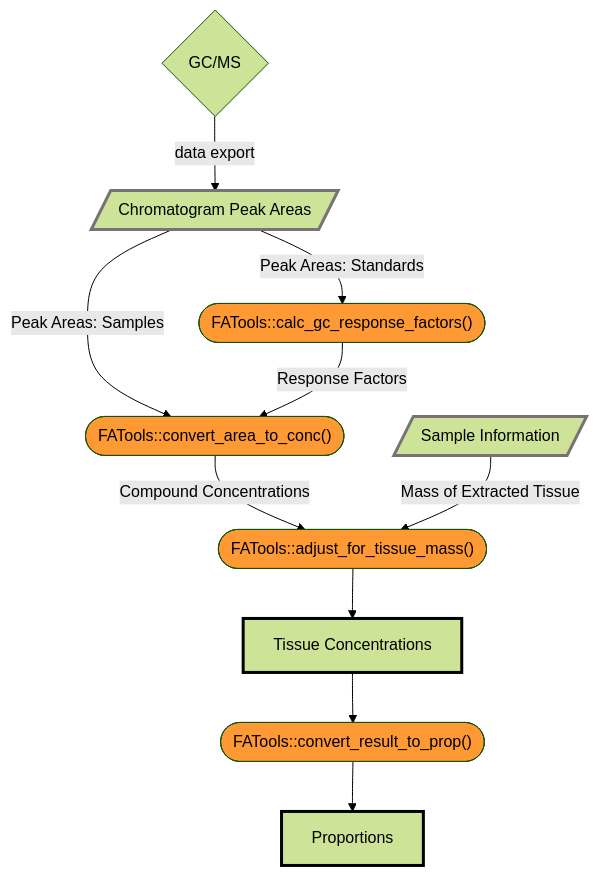
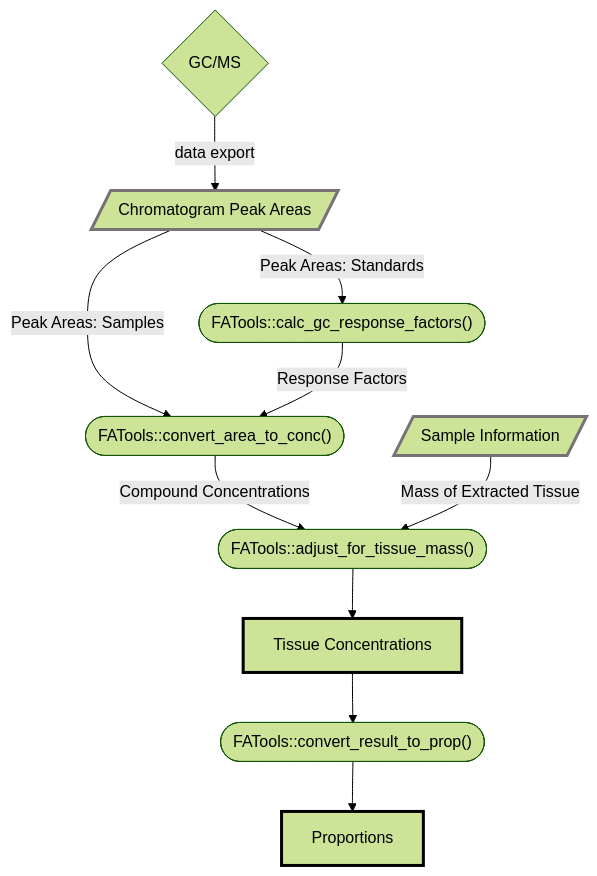
One commit to miketommus/FATools changed the first of 3 diagrams in README.Rmd. Above: the diagram before and after it, drawn with Mermaid (forest theme). The commit also changed 1 other file, not shown here.

Commit message:
Change Mermaid fill

````diff
--- a/README.Rmd
+++ b/README.Rmd
@@ -74,25 +74,25 @@
 ```mermaid
 flowchart TD
 A{GC/MS}
 B[/Chromatogram Peak Areas/]:::data
 C(["FATools::calc_gc_response_factors()"]):::func
 D(["FATools::convert_area_to_conc()"]):::func
 A -->|data export| B
 B -->|Peak Areas: Standards| C
 B -->|Peak Areas: Samples| D
 C -->|Response Factors| D
 D -->|Compound Concentrations| G
 F[/Sample Information/]:::data
 G(["FATools::adjust_for_tissue_mass()"]):::func
 F -->|Mass of Extracted Tissue| G
 H[Tissue Concentrations]:::result
 G --> H
 I(["FATools::convert_result_to_prop()"]):::func
 H --> I
 J[Proportions]:::result
 I-->J
  
 classDef data stroke:#787276, stroke-width:3
 classDef result stroke:#000, stroke-width:3
-classDef func fill:#ff9933
+
 ```
````
